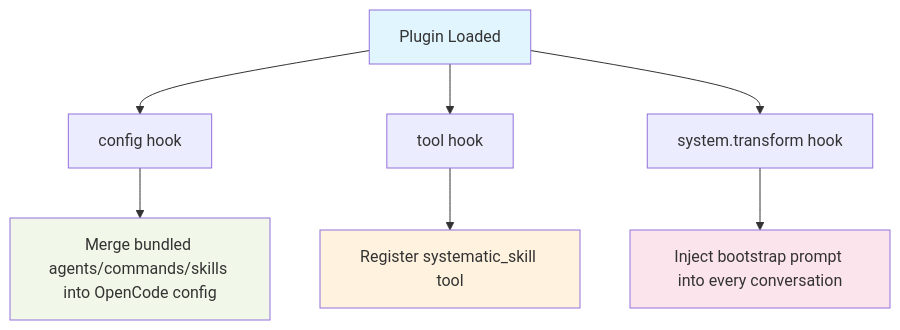
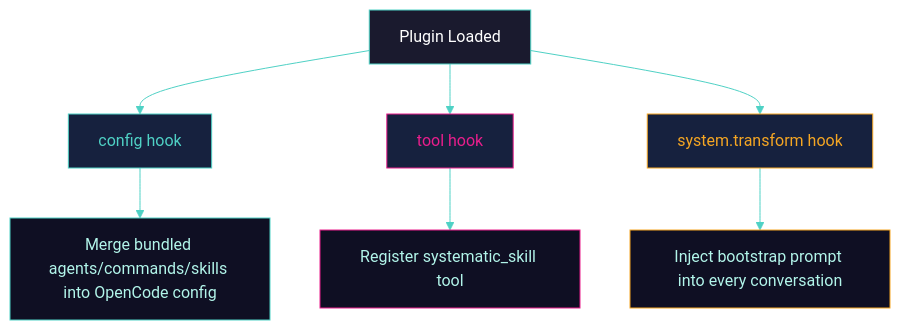
The diagram in README.md (marcusrbrown/systematic), drawn with Mermaid before and after one commit. The commit also changed other lines of this file and 2 other files, not shown here.

Commit message:
docs(readme): update command names with systematic namespace (#45)
Update README.md to reflect new systematic: prefix for bundled commands.
All utility commands now include the namespace to prevent conflicts.

Changes:
- Update command references from /lfg to /systematic:lfg
- Update command references from /create-agent-skill to /systematic:create-agent-skill
- Update command references from /deepen-plan to /systematic:deepen-plan
- Update command references from /agent-native-audit to /systematic:agent-native-audit
- Enhance mermaid diagram styling with dark theme colors

````diff
--- a/README.md
+++ b/README.md
@@ -220,15 +220,19 @@
 ```mermaid
+%%{init: {'theme': 'base', 'themeVariables': { 'primaryColor': '#1a1a2e', 'primaryTextColor': '#fff', 'primaryBorderColor': '#4FD1C5', 'lineColor': '#4FD1C5', 'secondaryColor': '#16213e', 'tertiaryColor': '#0f0f23'}}}%%
 flowchart TB
     A[Plugin Loaded] --> B[config hook]
     A --> C[tool hook]
     A --> D[system.transform hook]
 
     B --> E[Merge bundled agents/commands/skills into OpenCode config]
     C --> F[Register systematic_skill tool]
     D --> G[Inject bootstrap prompt into every conversation]
 
-    style A fill:#e1f5fe
-    style E fill:#f1f8e9
-    style F fill:#fff3e0
-    style G fill:#fce4ec
+    style A fill:#1a1a2e,stroke:#4FD1C5,color:#fff
+    style B fill:#16213e,stroke:#4FD1C5,color:#4FD1C5
+    style C fill:#16213e,stroke:#E91E8C,color:#E91E8C
+    style D fill:#16213e,stroke:#F5A623,color:#F5A623
+    style E fill:#0f0f23,stroke:#4FD1C5,color:#B2F5EA
+    style F fill:#0f0f23,stroke:#E91E8C,color:#B2F5EA
+    style G fill:#0f0f23,stroke:#F5A623,color:#B2F5EA
 ```
````
